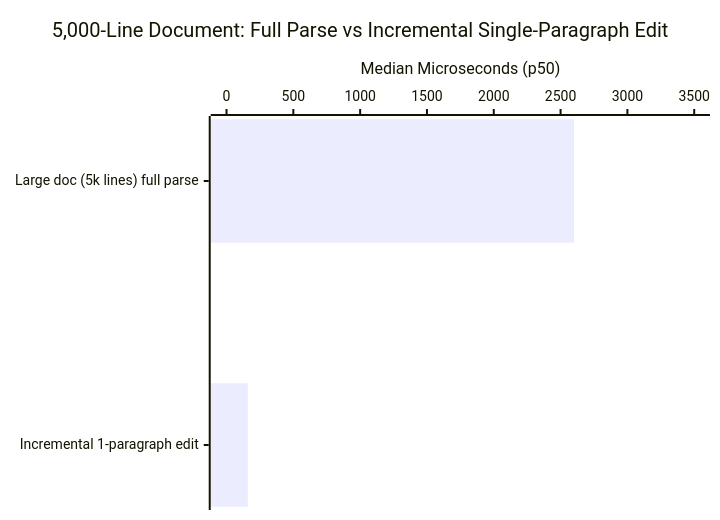
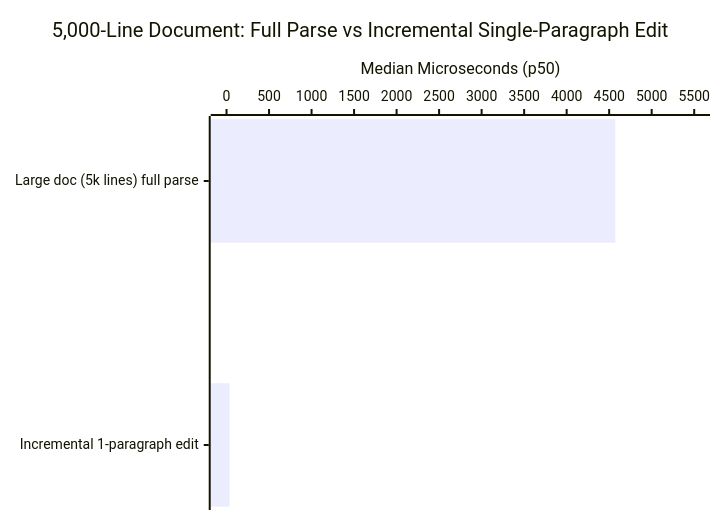
One commit to tkinnis/markdown_engine changed the second of 2 diagrams in doc/BENCHMARKS.md. Above: the diagram before and after it, drawn with Mermaid. The commit also changed other lines of this file and 52 other files, not shown here.

Commit message:
feat(flutter,parser): bundle built-in TeX math & Mermaid rendering, optimize parsing/streaming, and add visual golden suite

````diff
--- a/doc/BENCHMARKS.md
+++ b/doc/BENCHMARKS.md
@@ -38,7 +38,7 @@
 ```mermaid
 xychart-beta horizontal
     title "5,000-Line Document: Full Parse vs Incremental Single-Paragraph Edit"
     x-axis ["Large doc (5k lines) full parse", "Incremental 1-paragraph edit"]
-    y-axis "Median Microseconds (p50)" 0 --> 3500
-    bar [2600.75, 159.80]
+    y-axis "Median Microseconds (p50)" 0 --> 5500
+    bar [4572.50, 35.16]
 ```
````
